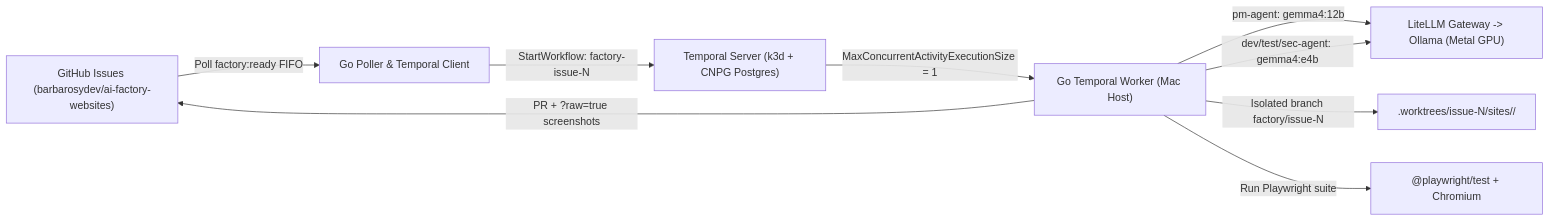
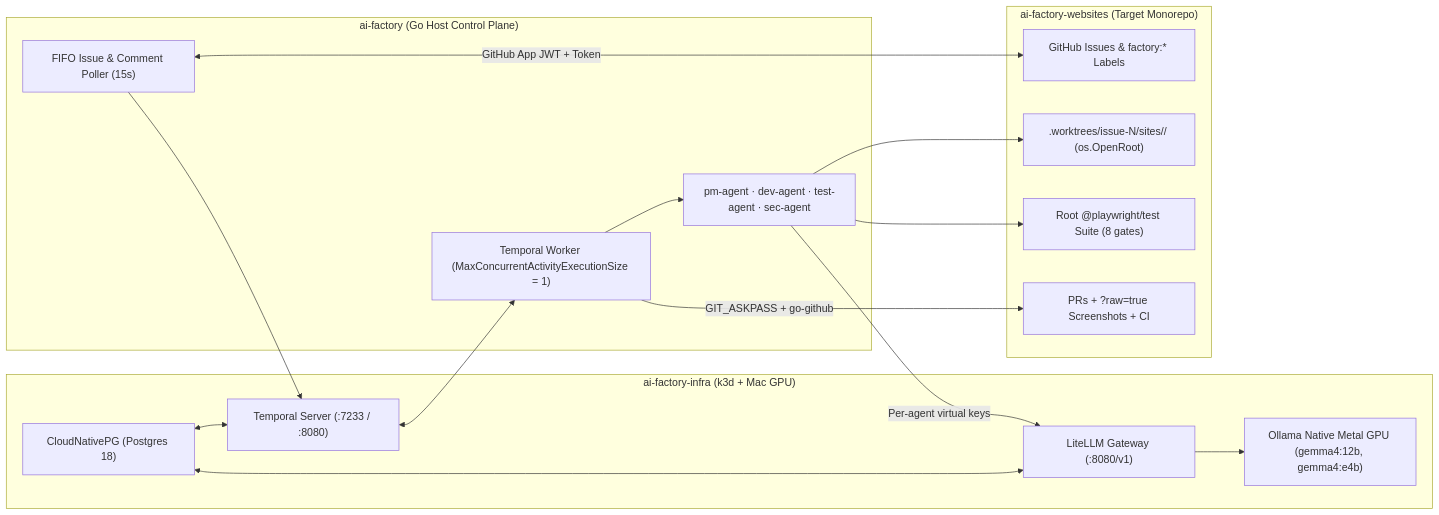
Before and after one commit to barbarosydev/ai-factory: the first of 2 diagrams in docs/architecture.md, drawn with Mermaid. The commit also changed other lines of this file and 20 other files, not shown here.

````diff
--- a/docs/architecture.md
+++ b/docs/architecture.md
@@ -7,11 +7,33 @@
 ```mermaid
 flowchart LR
-  GH["GitHub Issues (barbarosydev/ai-factory-websites)"] -->|Poll factory:ready FIFO| POLLER["Go Poller & Temporal Client"]
-  POLLER -->|StartWorkflow: factory-issue-N| TEMP["Temporal Server (k3d + CNPG Postgres)"]
-  TEMP -->|MaxConcurrentActivityExecutionSize = 1| WORKER["Go Temporal Worker (Mac Host)"]
-  WORKER -->|pm-agent: gemma4:12b| LITE["LiteLLM Gateway -> Ollama (Metal GPU)"]
-  WORKER -->|dev/test/sec-agent: gemma4:e4b| LITE
-  WORKER -->|Isolated branch factory/issue-N| WT[".worktrees/issue-N/sites/<slug>/"]
-  WORKER -->|Run Playwright suite| PW["@playwright/test + Chromium"]
-  WORKER -->|PR + ?raw=true screenshots| GH
+  subgraph INFRA["ai-factory-infra (k3d + Mac GPU)"]
+    CNPG["CloudNativePG (Postgres 18)"]
+    TEMP["Temporal Server (:7233 / :8080)"]
+    LITE["LiteLLM Gateway (:8080/v1)"]
+    OLLAMA["Ollama Native Metal GPU (gemma4:12b, gemma4:e4b)"]
+    CNPG <--> TEMP
+    CNPG <--> LITE
+    LITE --> OLLAMA
+  end
+
+  subgraph FACTORY["ai-factory (Go Host Control Plane)"]
+    POLLER["FIFO Issue & Comment Poller (15s)"]
+    WORKER["Temporal Worker (MaxConcurrentActivityExecutionSize = 1)"]
+    AGENTS["pm-agent · dev-agent · test-agent · sec-agent"]
+    POLLER --> TEMP
+    TEMP <--> WORKER
+    WORKER --> AGENTS
+    AGENTS -->|Per-agent virtual keys| LITE
+  end
+
+  subgraph TARGET["ai-factory-websites (Target Monorepo)"]
+    ISSUES["GitHub Issues & factory:* Labels"]
+    WT[".worktrees/issue-N/sites/<slug>/ (os.OpenRoot)"]
+    PW["Root @playwright/test Suite (8 gates)"]
+    PRS["PRs + ?raw=true Screenshots + CI"]
+    POLLER <-->|GitHub App JWT + Token| ISSUES
+    AGENTS --> WT
+    AGENTS --> PW
+    WORKER -->|GIT_ASKPASS + go-github| PRS
+  end
 ```
````
